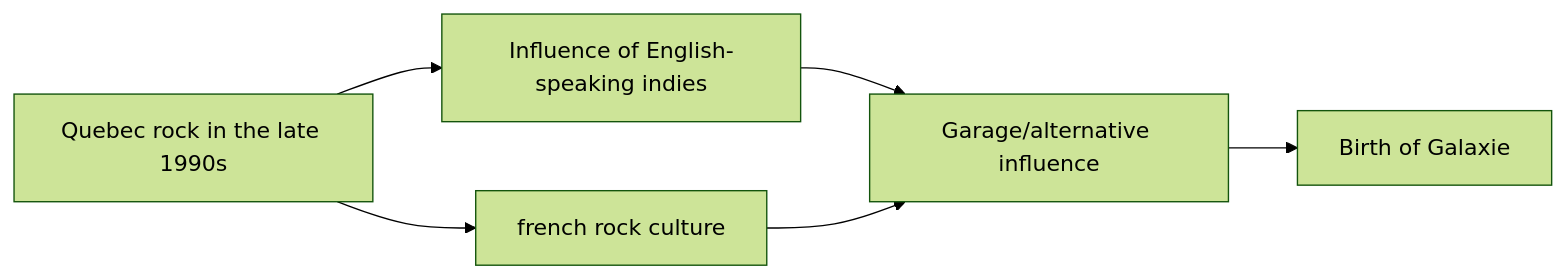
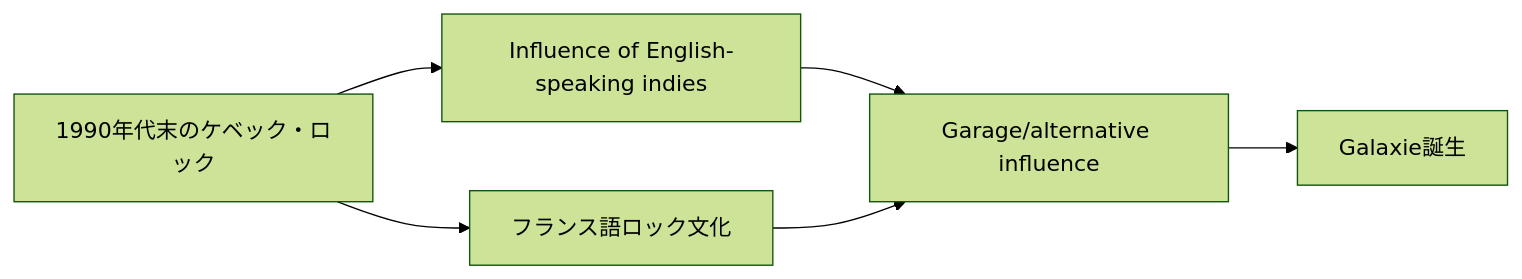
One commit to monumental-movement/monumental-movement.github.io changed the first of 8 diagrams in en/_posts/2026-05-07-column-galaxie.md. Above: the diagram before and after it, drawn with Mermaid (forest theme). The commit also changed other lines of this file and 2196 other files, not shown here.

```diff
--- a/en/_posts/2026-05-07-column-galaxie.md
+++ b/en/_posts/2026-05-07-column-galaxie.md
@@ -74,8 +74,8 @@
 <div class="mermaid">
 graph LR
-A[Quebec rock in the late 1990s] --> B[Influence of English-speaking indies]
-A --> C[french rock culture]
+A[1990年代末のケベック・ロック] --> B[Influence of English-speaking indies]
+A --> C[フランス語ロック文化]
 B --> D[Garage/alternative influence]
 C --> D
-D --> E[Birth of Galaxie]
+D --> E[Galaxie誕生]
 </div>
```
